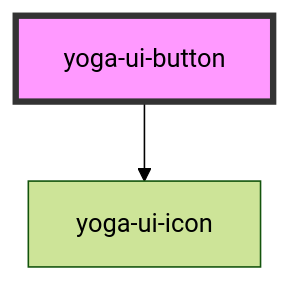
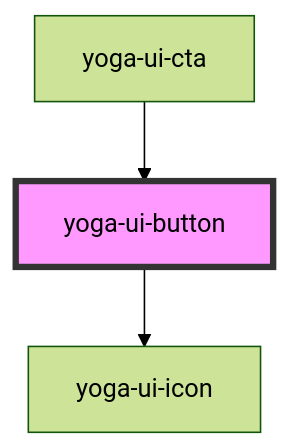
Before and after one commit to daphnesmit/yoga-ui: the diagram in src/components/yoga-ui-button/readme.md, drawn with Mermaid (forest theme). The commit also changed other lines of this file and 38 other files, not shown here.

````diff
--- a/src/components/yoga-ui-button/readme.md
+++ b/src/components/yoga-ui-button/readme.md
@@ -25,5 +30,6 @@
 ```mermaid
 graph TD;
   yoga-ui-button --> yoga-ui-icon
+  yoga-ui-cta --> yoga-ui-button
   style yoga-ui-button fill:#f9f,stroke:#333,stroke-width:4px
 ```
````
